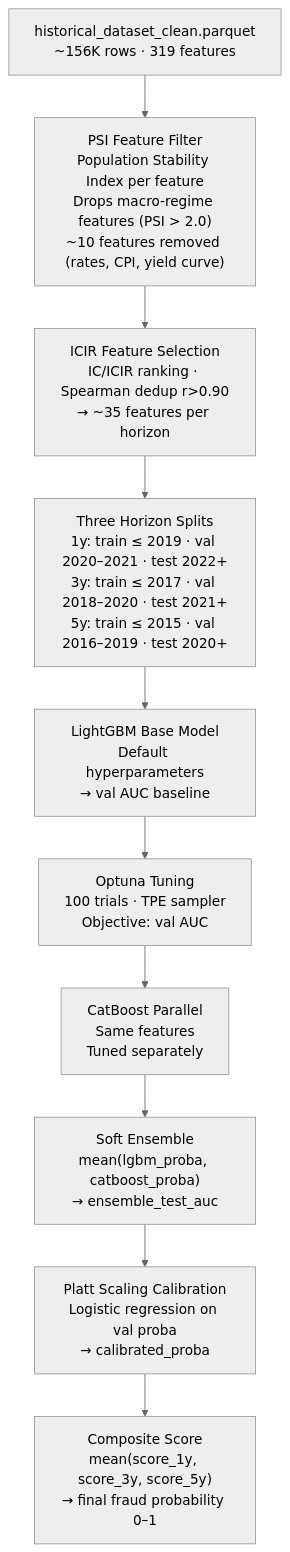
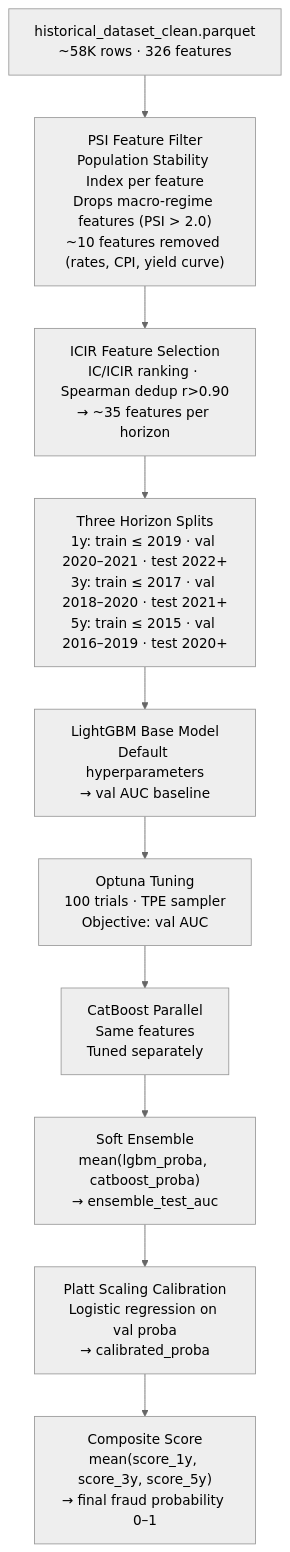
The diagram in docs/methodology/models.md (sherlock718/stock-fraud-screener), drawn with Mermaid (neutral theme) before and after one commit. The commit also changed 46 other files, not shown here.

````diff
--- a/docs/methodology/models.md
+++ b/docs/methodology/models.md
@@ -5,12 +5,12 @@
 ```mermaid
 flowchart TD
-    A["historical_dataset_clean.parquet<br/>~156K rows · 319 features"] --> PSI["PSI Feature Filter<br/>Population Stability Index per feature<br/>Drops macro-regime features (PSI > 2.0)<br/>~10 features removed (rates, CPI, yield curve)"]
+    A["historical_dataset_clean.parquet<br/>~58K rows · 326 features"] --> PSI["PSI Feature Filter<br/>Population Stability Index per feature<br/>Drops macro-regime features (PSI > 2.0)<br/>~10 features removed (rates, CPI, yield curve)"]
     PSI --> B["ICIR Feature Selection<br/>IC/ICIR ranking · Spearman dedup r>0.90<br/>→ ~35 features per horizon"]
     B --> C["Three Horizon Splits<br/>1y: train ≤ 2019 · val 2020–2021 · test 2022+<br/>3y: train ≤ 2017 · val 2018–2020 · test 2021+<br/>5y: train ≤ 2015 · val 2016–2019 · test 2020+"]
     C --> D["LightGBM Base Model<br/>Default hyperparameters<br/>→ val AUC baseline"]
     D --> E["Optuna Tuning<br/>100 trials · TPE sampler<br/>Objective: val AUC"]
     E --> F["CatBoost Parallel<br/>Same features<br/>Tuned separately"]
     F --> G["Soft Ensemble<br/>mean(lgbm_proba, catboost_proba)<br/>→ ensemble_test_auc"]
     G --> H["Platt Scaling Calibration<br/>Logistic regression on val proba<br/>→ calibrated_proba"]
     H --> I["Composite Score<br/>mean(score_1y, score_3y, score_5y)<br/>→ final fraud probability 0–1"]
 ```
````
